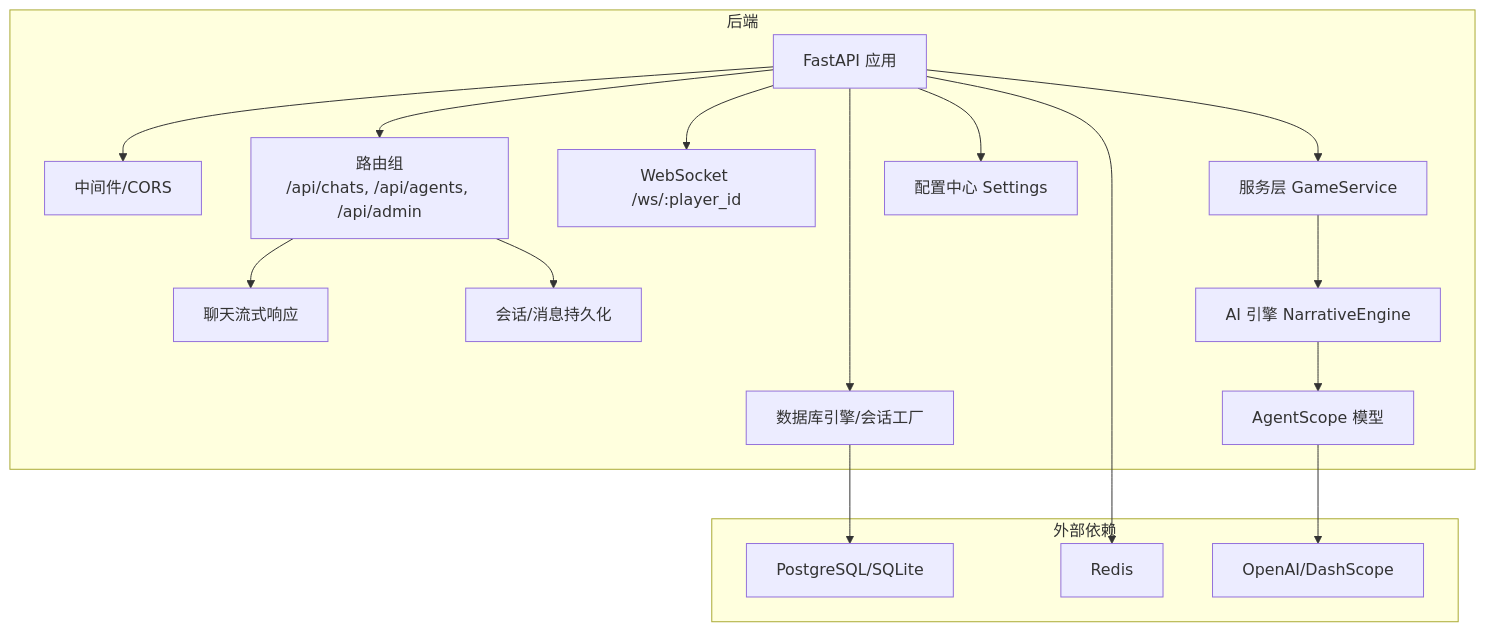
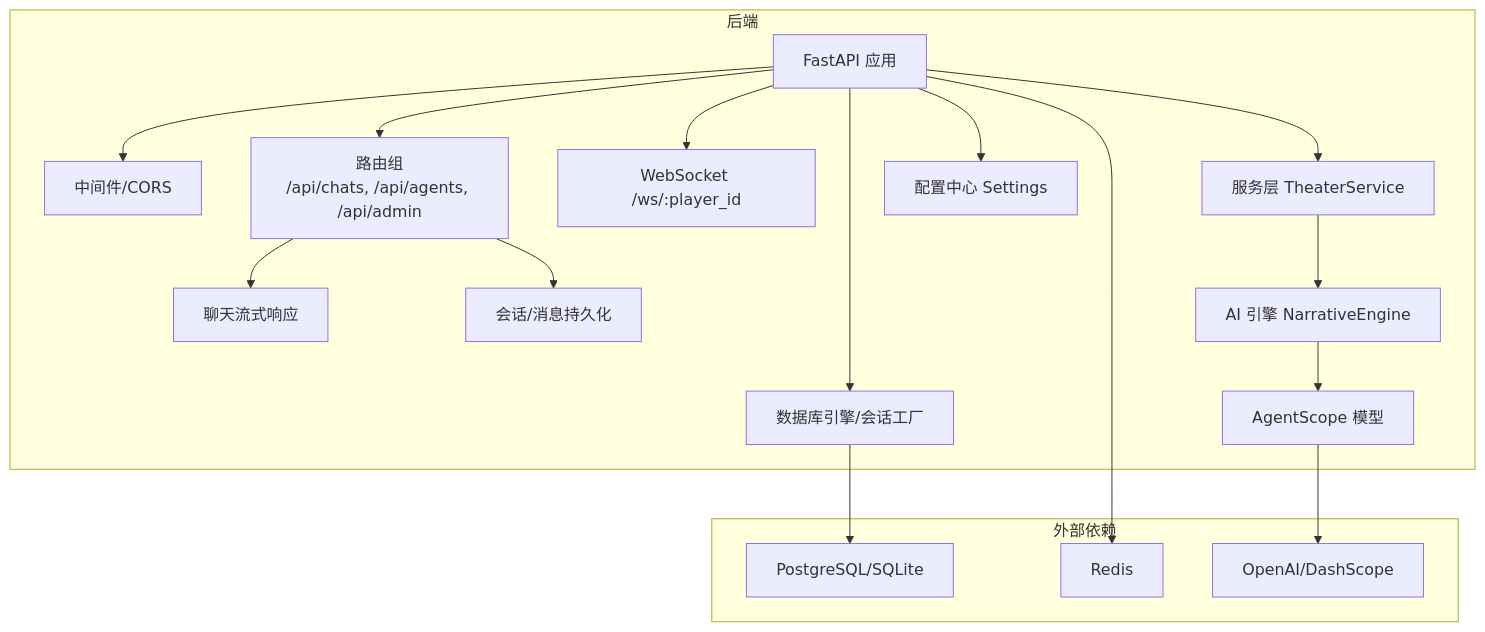
The second of 8 diagrams in .qoder/repowiki/zh/content/故障排除/性能优化与监控.md (KunLabAI/KunFlix), drawn with Mermaid before and after one commit. The commit also changed other lines of this file and 112 other files, not shown here.

````diff
--- a/.qoder/repowiki/zh/content/故障排除/性能优化与监控.md
+++ b/.qoder/repowiki/zh/content/故障排除/性能优化与监控.md
@@ -81,23 +81,23 @@
 ```mermaid
 graph TB
 subgraph "后端"
 A["FastAPI 应用"] --> B["中间件/CORS"]
 A --> C["路由组<br/>/api/chats, /api/agents, /api/admin"]
 A --> D["WebSocket /ws/:player_id"]
 C --> E["聊天流式响应"]
 C --> F["会话/消息持久化"]
-A --> G["服务层 GameService"]
+A --> G["服务层 TheaterService"]
 G --> H["AI 引擎 NarrativeEngine"]
 H --> I["AgentScope 模型"]
 A --> J["数据库引擎/会话工厂"]
 A --> K["配置中心 Settings"]
 end
 subgraph "外部依赖"
 L["PostgreSQL/SQLite"]
 M["Redis"]
 N["OpenAI/DashScope"]
 end
 J --> L
 A --> M
 I --> N
 ```
````
